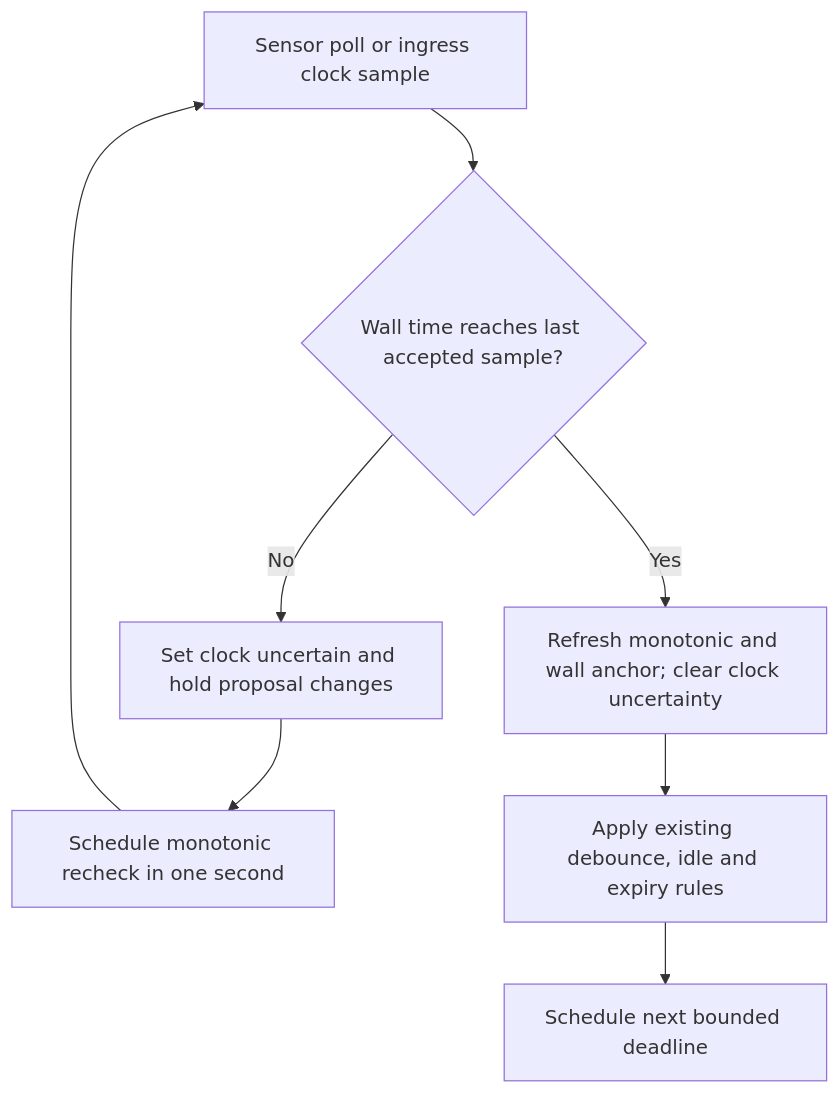
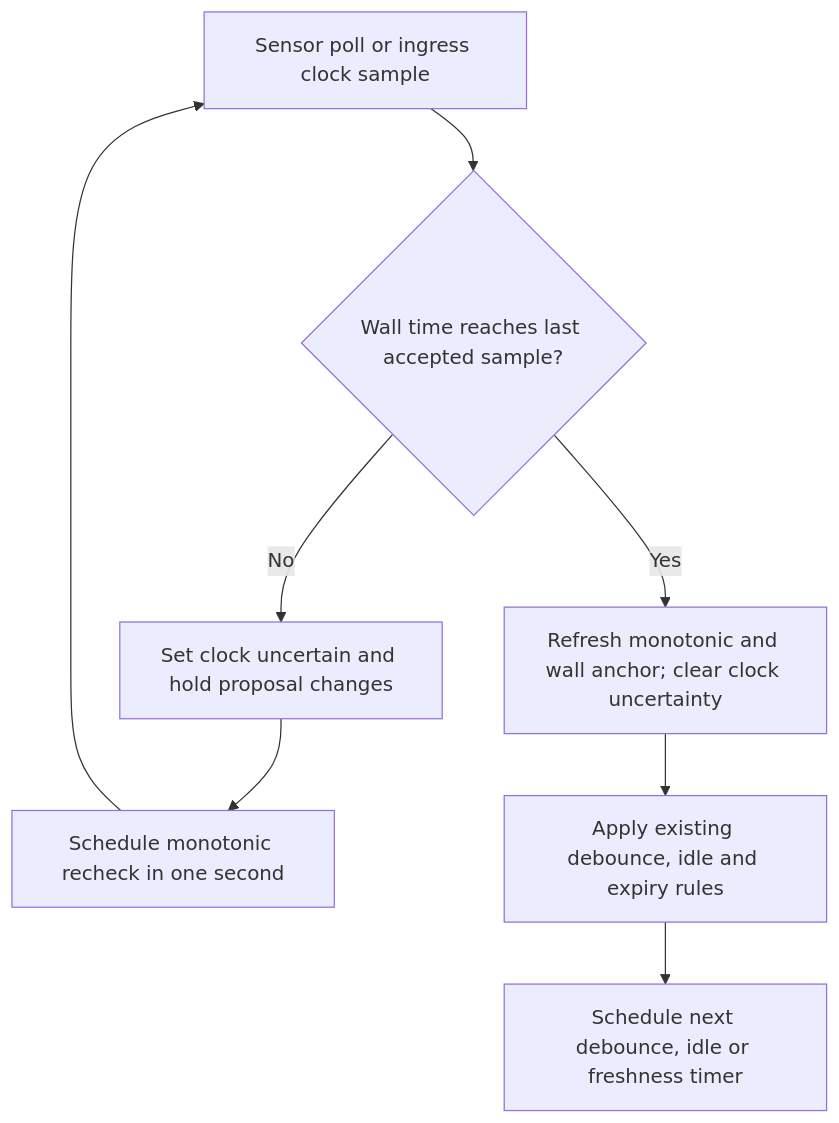
The tenth of 11 diagrams in docs/designs/sensors.md (pidster/asura), drawn with Mermaid before and after one commit. The commit also changed other lines of this file and 39 other files, not shown here.

````diff
--- a/docs/designs/sensors.md
+++ b/docs/designs/sensors.md
@@ -766,10 +783,10 @@
 ```mermaid
 flowchart TD
     Sample[Sensor poll or ingress clock sample] --> Valid{Wall time reaches last accepted sample?}
     Valid -->|No| Hold[Set clock uncertain and hold proposal changes]
     Hold --> Retry[Schedule monotonic recheck in one second]
     Retry --> Sample
     Valid -->|Yes| Anchor[Refresh monotonic and wall anchor; clear clock uncertainty]
     Anchor --> Work[Apply existing debounce, idle and expiry rules]
-    Work --> Deadline[Schedule next bounded deadline]
+    Work --> Deadline[Schedule next debounce, idle or freshness timer]
 ```
````
